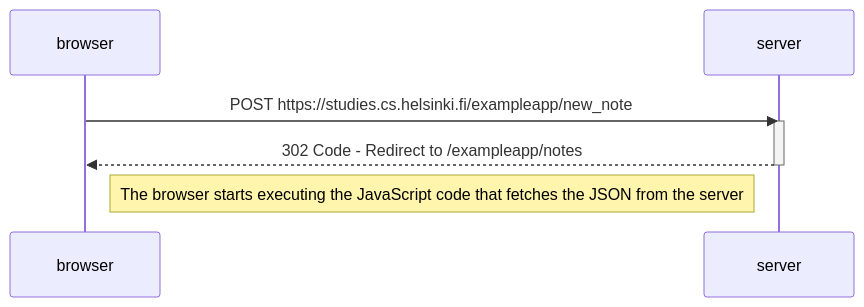
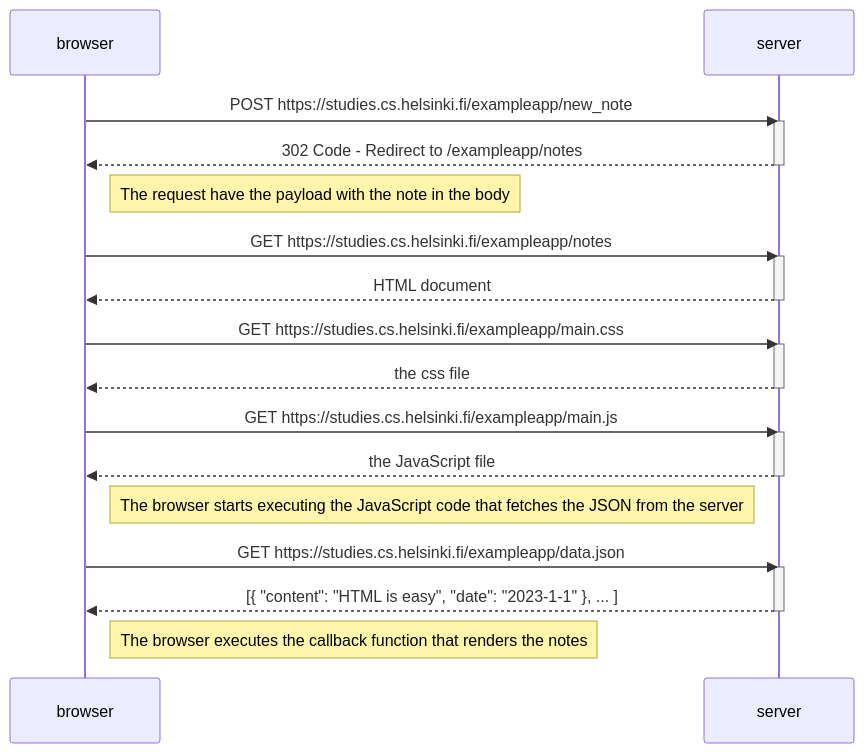
Before and after one commit to alecko/Fullstack: the diagram in part0/0.4 Diagram.md, drawn with Mermaid.

Commit message:
Update Diagram 0.4

````diff
--- a/part0/0.4 Diagram.md
+++ b/part0/0.4 Diagram.md
@@ -2,13 +2,36 @@
 ```mermaid
 sequenceDiagram
     participant browser
     participant server
 
     browser->>server: POST https://studies.cs.helsinki.fi/exampleapp/new_note
     activate server
     server-->>browser: 302 Code - Redirect to /exampleapp/notes
     deactivate server
 
+    Note right of browser: The request have the payload with the note in the body
+
+    browser->>server: GET https://studies.cs.helsinki.fi/exampleapp/notes
+    activate server
+    server-->>browser: HTML document
+    deactivate server
+
+    browser->>server: GET https://studies.cs.helsinki.fi/exampleapp/main.css
+    activate server
+    server-->>browser: the css file
+    deactivate server
+
+    browser->>server: GET https://studies.cs.helsinki.fi/exampleapp/main.js
+    activate server
+    server-->>browser: the JavaScript file
+    deactivate server
 
     Note right of browser: The browser starts executing the JavaScript code that fetches the JSON from the server
+
+    browser->>server: GET https://studies.cs.helsinki.fi/exampleapp/data.json
+    activate server
+    server-->>browser: [{ "content": "HTML is easy", "date": "2023-1-1" }, ... ]
+    deactivate server
+
+    Note right of browser: The browser executes the callback function that renders the notes
 ```
````
